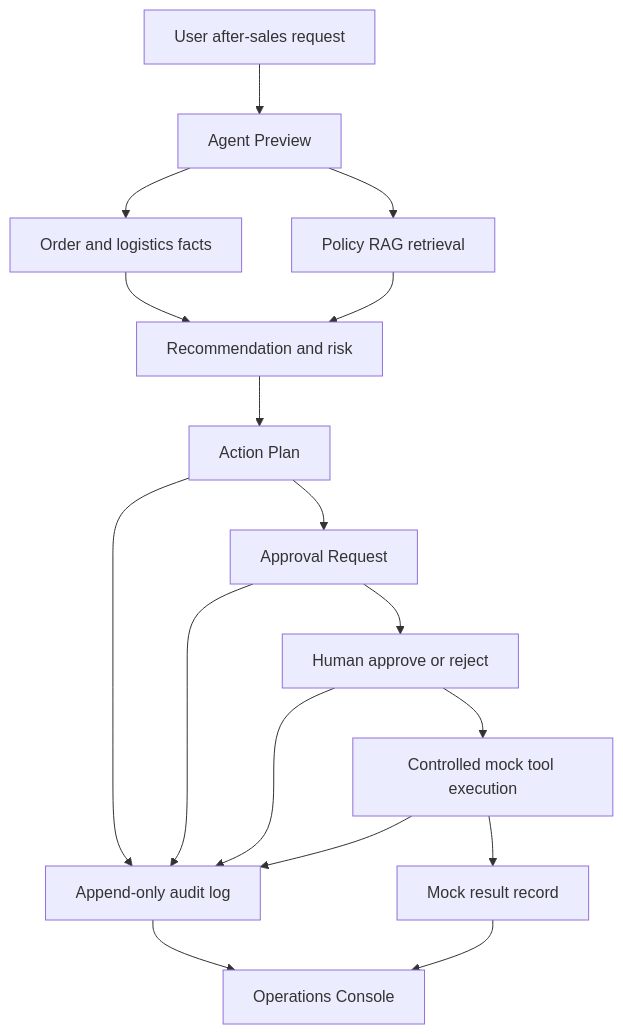
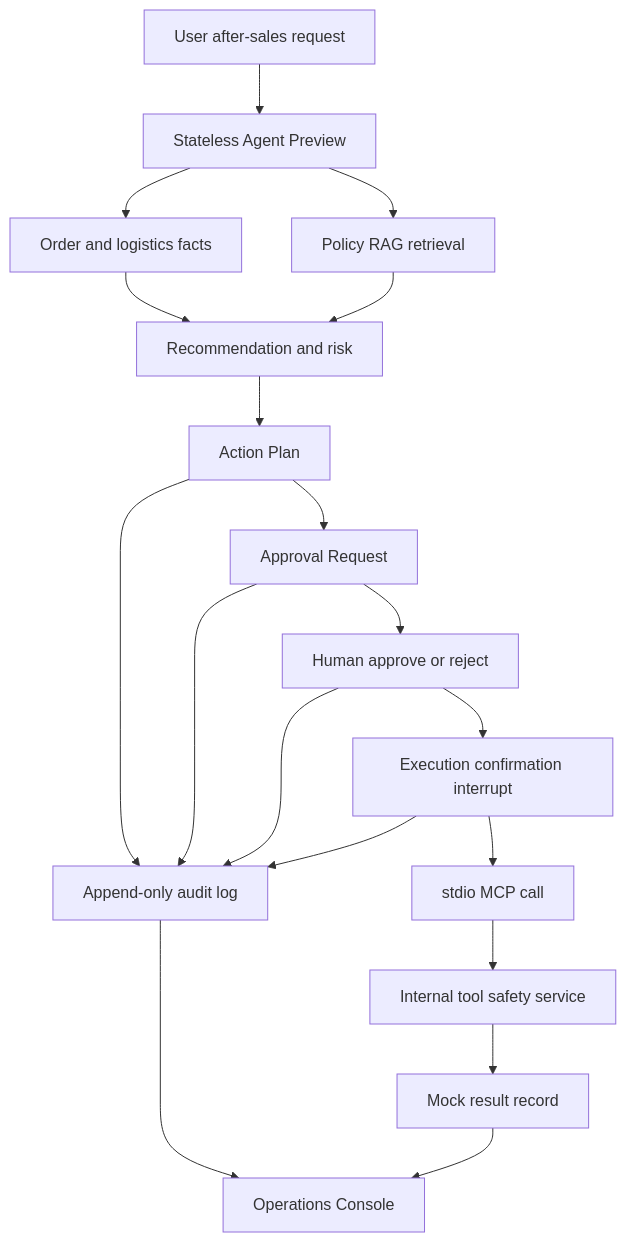
Before and after one commit to JayYu686/commerceflow-agent: the diagram in docs/architecture/commerceflow-agent-overview.md, drawn with Mermaid. The commit also changed other lines of this file and 75 other files, not shown here.

````diff
--- a/docs/architecture/commerceflow-agent-overview.md
+++ b/docs/architecture/commerceflow-agent-overview.md
@@ -9,19 +9,21 @@
 ```mermaid
 flowchart TD
-  A["User after-sales request"] --> B["Agent Preview"]
+  A["User after-sales request"] --> B["Stateless Agent Preview"]
   B --> C["Order and logistics facts"]
   B --> D["Policy RAG retrieval"]
   C --> E["Recommendation and risk"]
   D --> E
   E --> F["Action Plan"]
   F --> G["Approval Request"]
   G --> H["Human approve or reject"]
-  H --> I["Controlled mock tool execution"]
-  I --> J["Mock result record"]
+  H --> I["Execution confirmation interrupt"]
+  I --> M["stdio MCP call"]
+  M --> N["Internal tool safety service"]
+  N --> J["Mock result record"]
   F --> K["Append-only audit log"]
   G --> K
   H --> K
   I --> K
   K --> L["Operations Console"]
   J --> L
 ```
````
